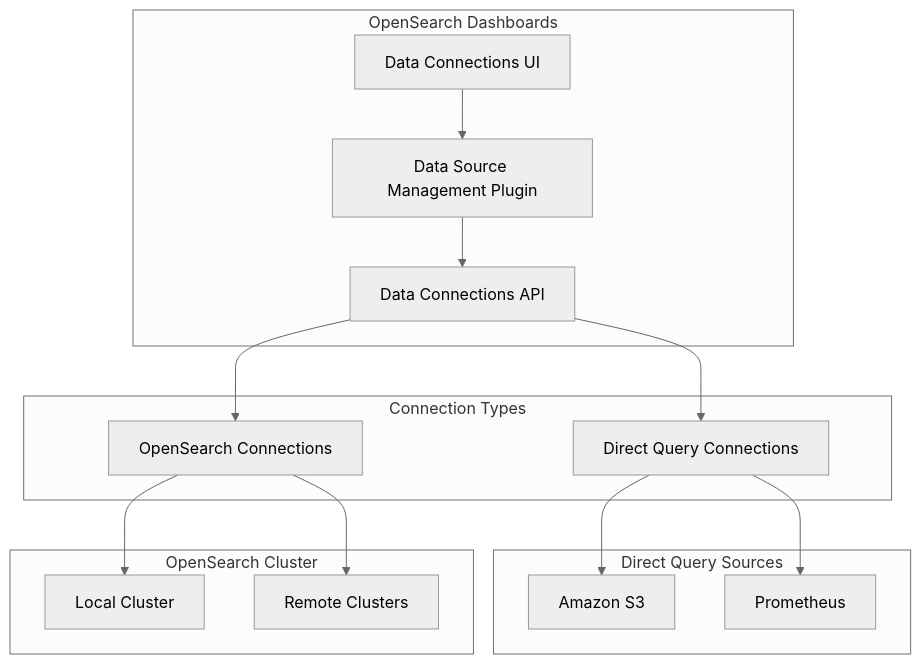
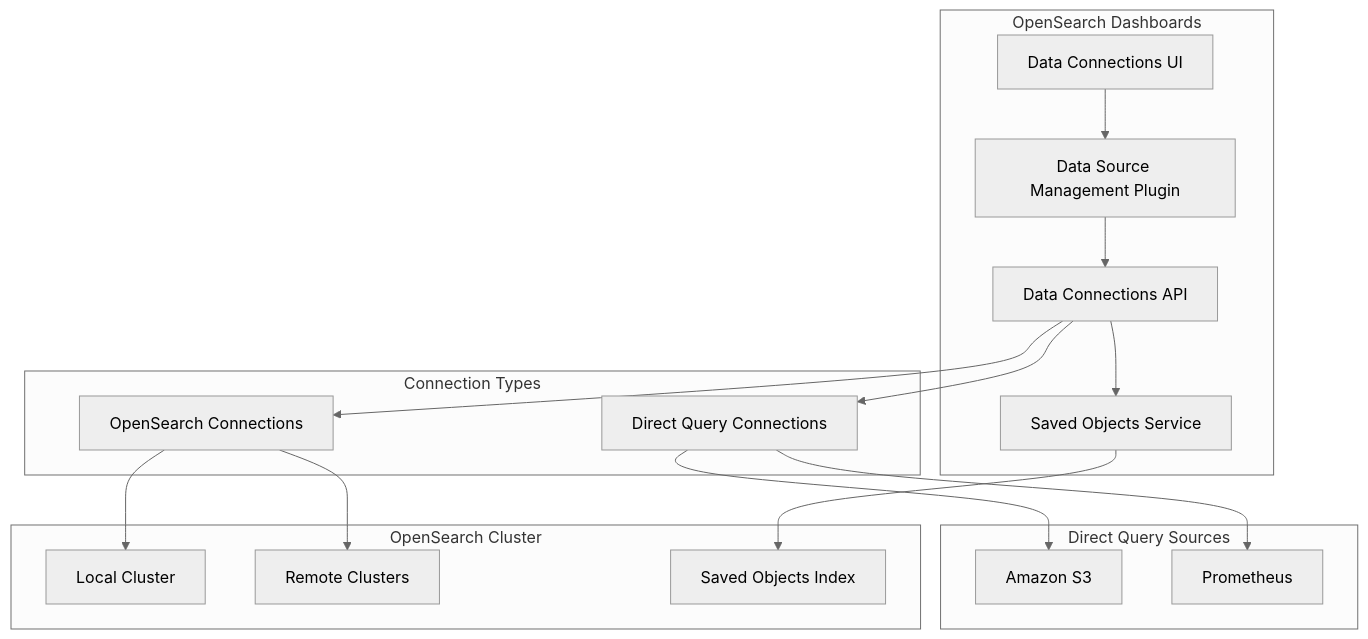
The first of 2 diagrams in docs/features/opensearch-dashboards/data-connections.md (tkykenmt/opensearch-feature-explorer), drawn with Mermaid (neutral theme) before and after one commit. The commit also changed other lines of this file and 2 other files, not shown here.

````diff
--- a/docs/features/opensearch-dashboards/data-connections.md
+++ b/docs/features/opensearch-dashboards/data-connections.md
@@ -11,32 +11,36 @@
 ```mermaid
 graph TB
     subgraph "OpenSearch Dashboards"
         UI[Data Connections UI]
         DSM[Data Source Management Plugin]
         API[Data Connections API]
+        SO[Saved Objects Service]
     end
     
     subgraph "Connection Types"
         OSC[OpenSearch Connections]
         DQC[Direct Query Connections]
     end
     
     subgraph "Direct Query Sources"
         S3[Amazon S3]
         PROM[Prometheus]
     end
     
     subgraph "OpenSearch Cluster"
         LOCAL[Local Cluster]
         REMOTE[Remote Clusters]
+        SAVED[Saved Objects Index]
     end
     
     UI --> DSM
     DSM --> API
     API --> OSC
     API --> DQC
+    API --> SO
+    SO --> SAVED
     OSC --> LOCAL
     OSC --> REMOTE
     DQC --> S3
     DQC --> PROM
 ```
````
